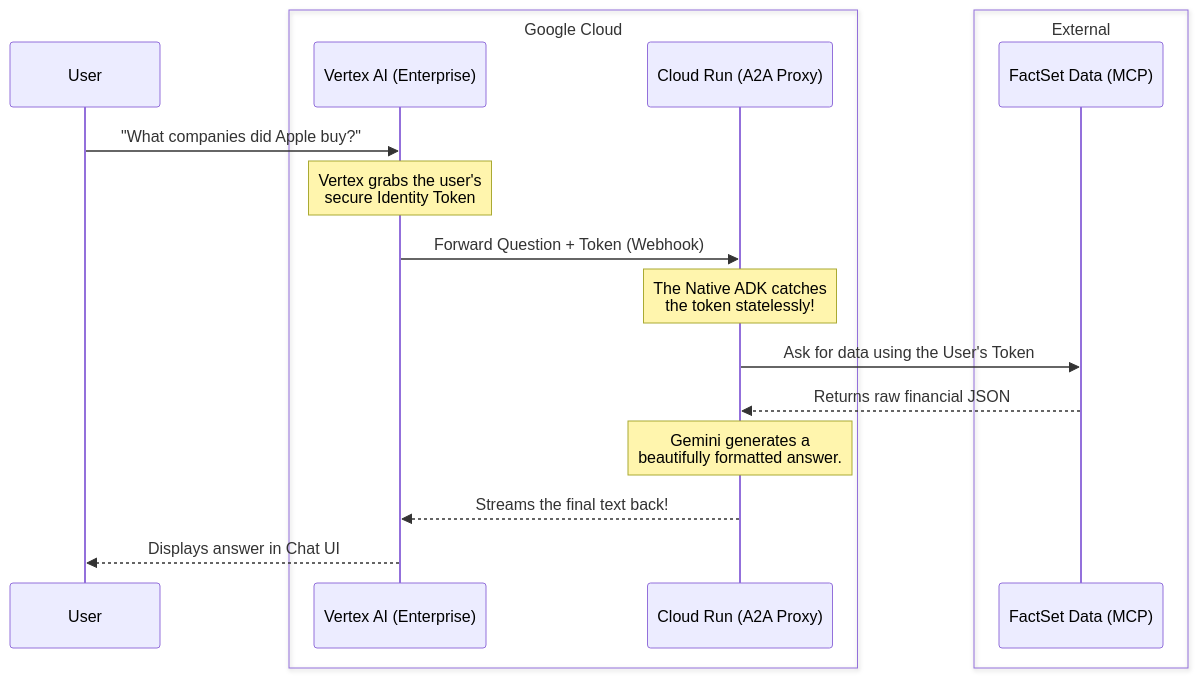
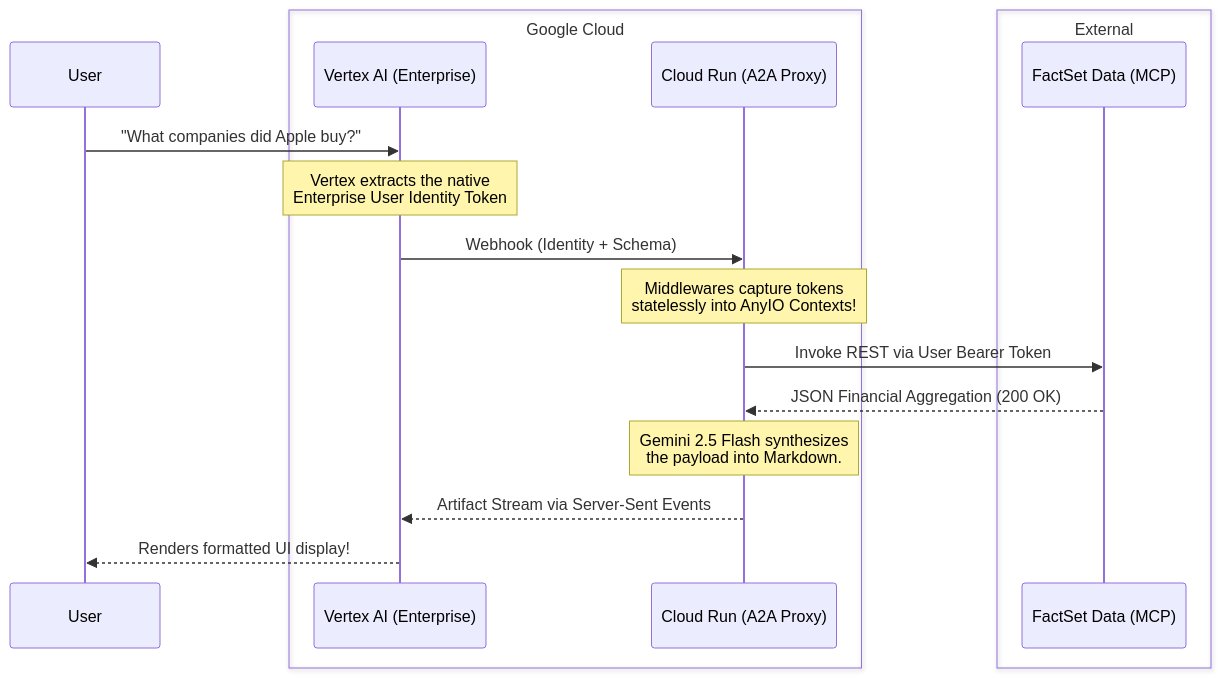
One commit to luseloso/factset_a2a_example changed the diagram in docs/architecture.md. Above: the diagram before and after it, drawn with Mermaid. The commit also changed other lines of this file and 2 other files, not shown here.

Commit message:
docs: Professionalize the nested documentation suite to match Google ADK Sample structural aesthetics and readability metrics

````diff
--- a/docs/architecture.md
+++ b/docs/architecture.md
@@ -20,21 +17,21 @@
 ```mermaid
 sequenceDiagram
     participant User
     box Google Cloud
     participant Vertex AI (Enterprise)
     participant Cloud Run (A2A Proxy)
     end
     box External
     participant FactSet Data (MCP)
     end
     
     User->>Vertex AI (Enterprise): "What companies did Apple buy?"
-    Note over Vertex AI (Enterprise): Vertex grabs the user's<br>secure Identity Token
-    Vertex AI (Enterprise)->>Cloud Run (A2A Proxy): Forward Question + Token (Webhook)
-    Note over Cloud Run (A2A Proxy): The Native ADK catches<br>the token statelessly!
-    Cloud Run (A2A Proxy)->>FactSet Data (MCP): Ask for data using the User's Token
-    FactSet Data (MCP)-->>Cloud Run (A2A Proxy): Returns raw financial JSON
-    Note over Cloud Run (A2A Proxy): Gemini generates a<br>beautifully formatted answer.
-    Cloud Run (A2A Proxy)-->>Vertex AI (Enterprise): Streams the final text back!
-    Vertex AI (Enterprise)-->>User: Displays answer in Chat UI
+    Note over Vertex AI (Enterprise): Vertex extracts the native<br>Enterprise User Identity Token
+    Vertex AI (Enterprise)->>Cloud Run (A2A Proxy): Webhook (Identity + Schema)
+    Note over Cloud Run (A2A Proxy): Middlewares capture tokens<br>statelessly into AnyIO Contexts!
+    Cloud Run (A2A Proxy)->>FactSet Data (MCP): Invoke REST via User Bearer Token
+    FactSet Data (MCP)-->>Cloud Run (A2A Proxy): JSON Financial Aggregation (200 OK)
+    Note over Cloud Run (A2A Proxy): Gemini 2.5 Flash synthesizes<br>the payload into Markdown.
+    Cloud Run (A2A Proxy)-->>Vertex AI (Enterprise): Artifact Stream via Server-Sent Events
+    Vertex AI (Enterprise)-->>User: Renders formatted UI display!
 ```
````
